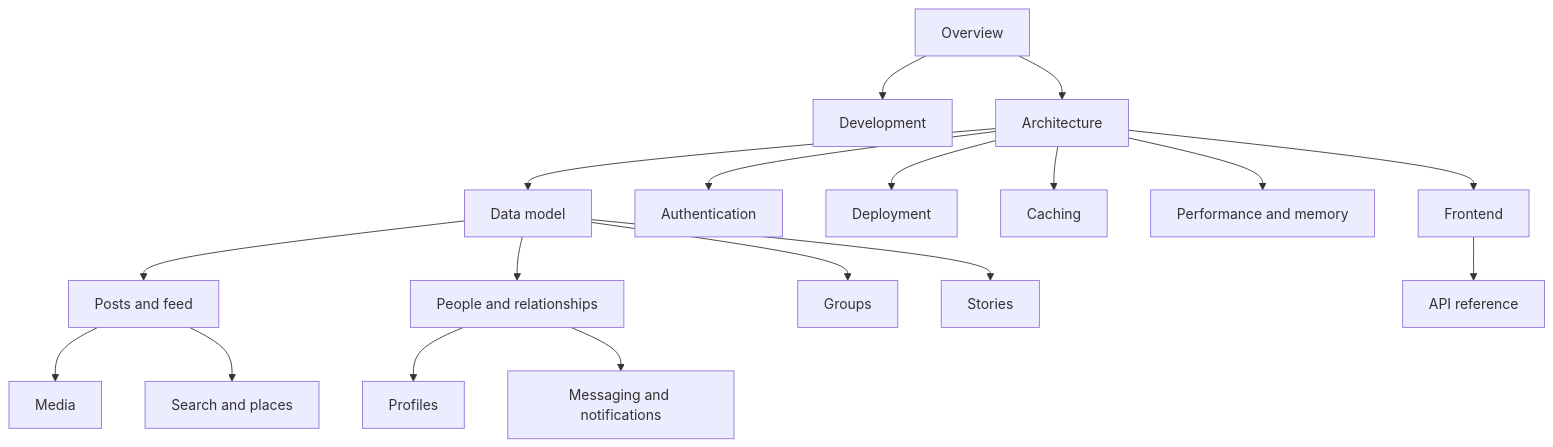
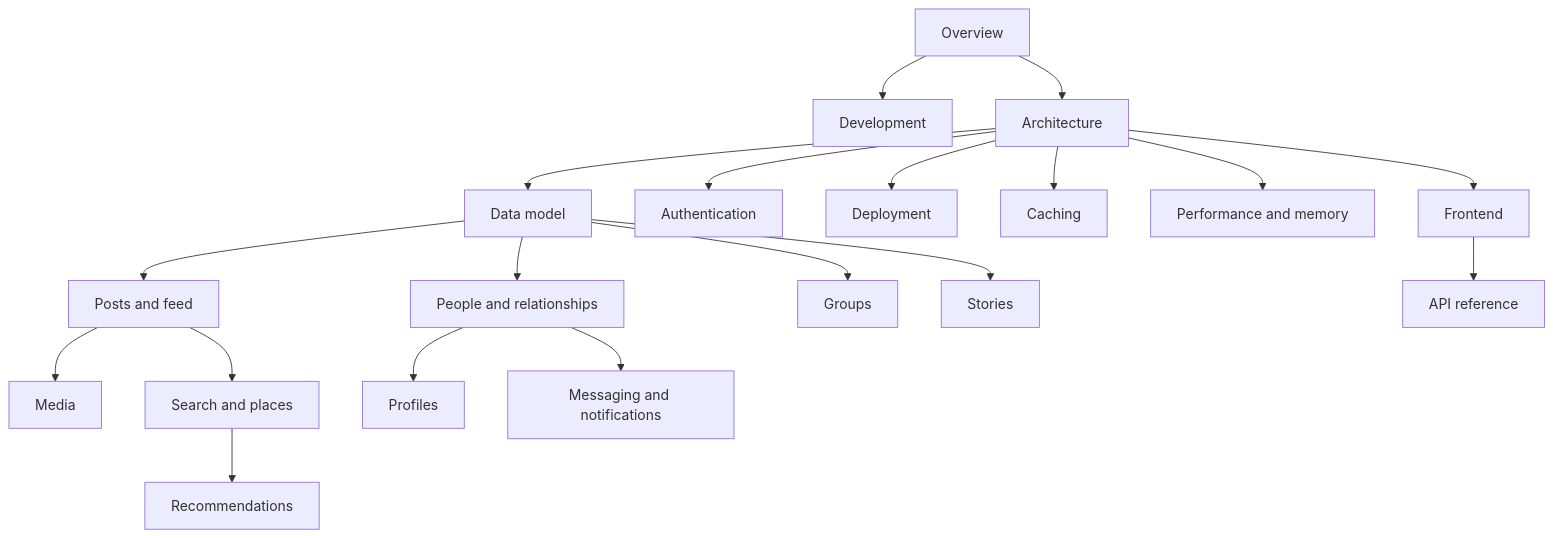
One commit to AkioCkist/Oremus changed the diagram in docs/README.md. Above: the diagram before and after it, drawn with Mermaid. The commit also changed other lines of this file and 39 other files, not shown here.

````diff
--- a/docs/README.md
+++ b/docs/README.md
@@ -42,20 +43,21 @@
 ```mermaid
 flowchart TB
   Overview["Overview"] --> Dev["Development"]
   Overview --> Arch["Architecture"]
   Arch --> Data["Data model"]
   Arch --> Auth["Authentication"]
   Arch --> Deploy["Deployment"]
   Arch --> Cache["Caching"]
   Arch --> Perf["Performance and memory"]
   Arch --> Front["Frontend"]
   Data --> Posts["Posts and feed"]
   Data --> Social["People and relationships"]
   Social --> Profiles["Profiles"]
   Data --> Groups["Groups"]
   Data --> Stories["Stories"]
   Posts --> Media["Media"]
   Social --> Msg["Messaging and notifications"]
   Posts --> Search["Search and places"]
+  Search --> Recs["Recommendations"]
   Front --> APIRef["API reference"]
 ```
````
